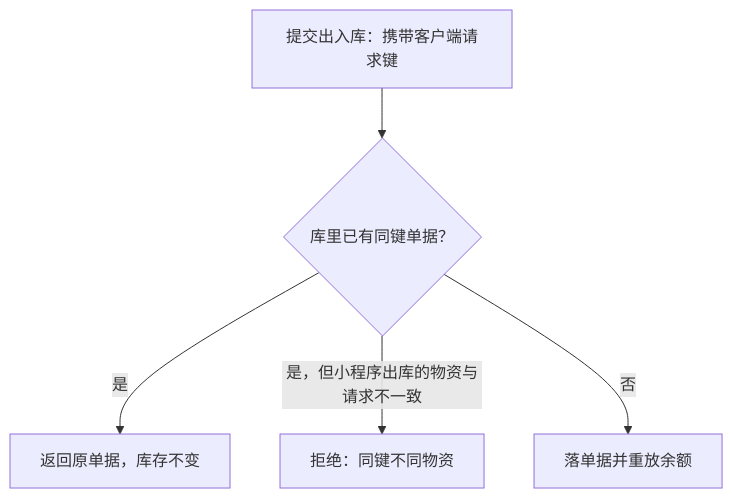
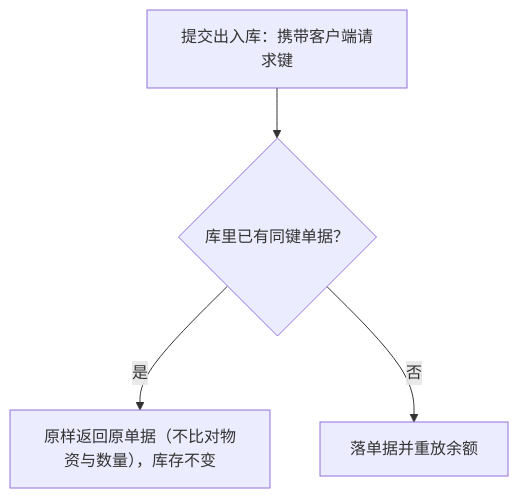
Before and after one commit to Sakana-1314/Electrical-Manager: the eighth of 23 diagrams in docs/websites/pages/dev-state-machines.md, drawn with Mermaid. The commit also changed other lines of this file and 7 other files, not shown here.

````diff
--- a/docs/websites/pages/dev-state-machines.md
+++ b/docs/websites/pages/dev-state-machines.md
@@ -147,7 +148,6 @@
 ```mermaid
 flowchart TD
     A["提交出入库：携带客户端请求键"] --> B{"库里已有同键单据？"}
-    B -- "是" --> C["返回原单据，库存不变"]
-    B -- "是，但小程序出库的物资与请求不一致" --> D["拒绝：同键不同物资"]
+    B -- "是" --> C["原样返回原单据（不比对物资与数量），库存不变"]
     B -- "否" --> E["落单据并重放余额"]
 ```
````
